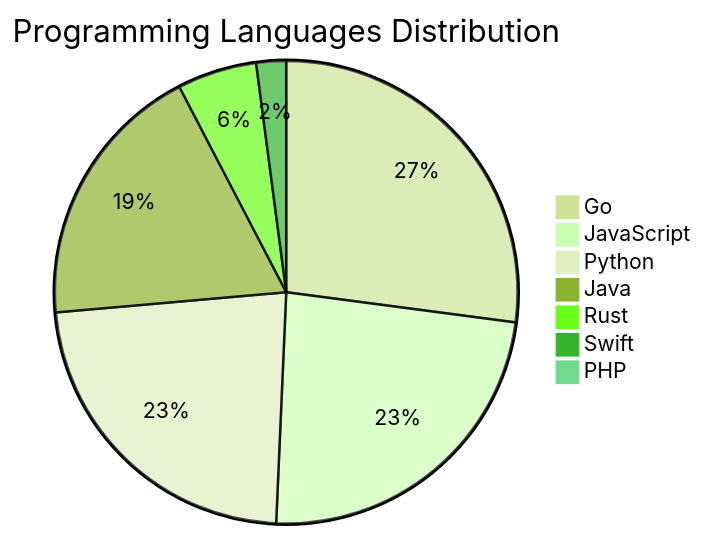
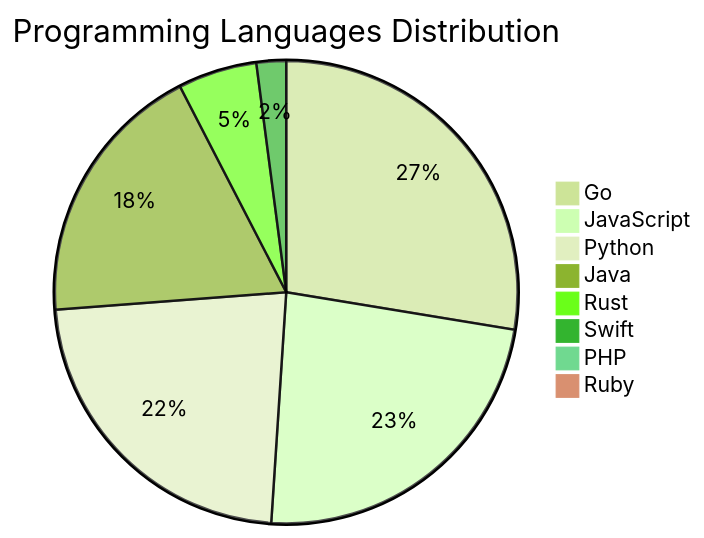
One commit to Derrick-MUGISHA/github-activity-bot changed the diagram in README.md. Above: the diagram before and after it, drawn with Mermaid (forest theme). The commit also changed other lines of this file and 4 other files, not shown here.

````diff
--- a/README.md
+++ b/README.md
@@ -209,10 +210,11 @@
 ```mermaid
 pie title Programming Languages Distribution
-    "Go" : 39
+    "Go" : 40
     "JavaScript" : 34
     "Python" : 33
     "Java" : 27
     "Rust" : 8
     "Swift" : 3
     "PHP" : 1
+    "Ruby" : 1
 ```
````
